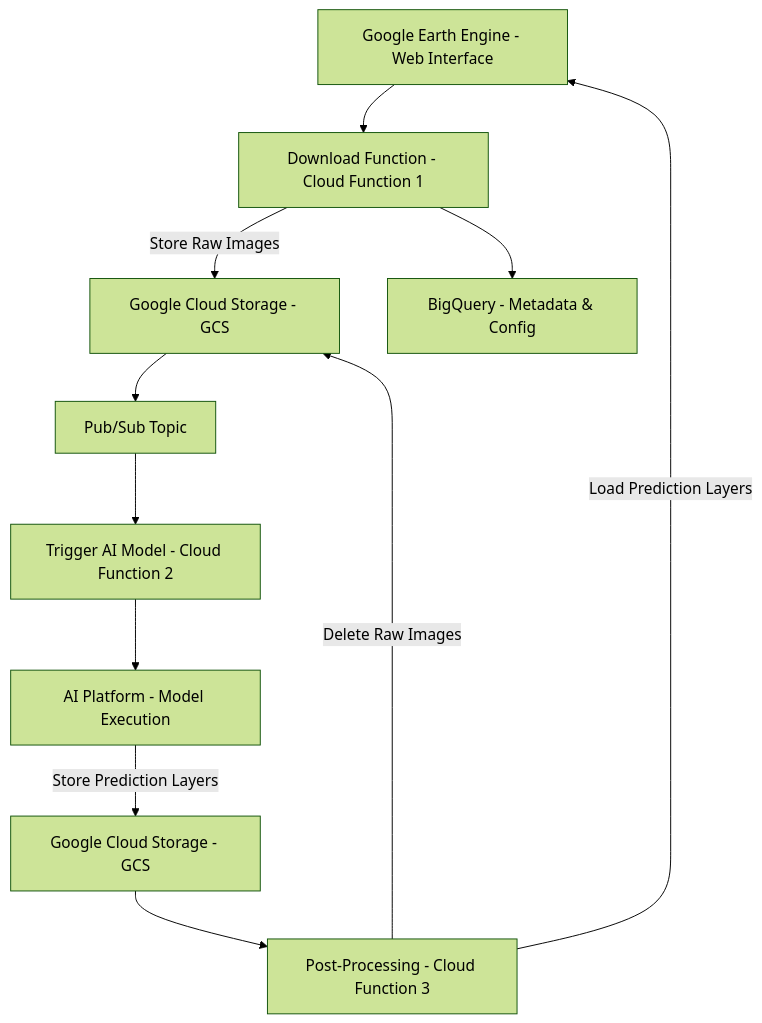
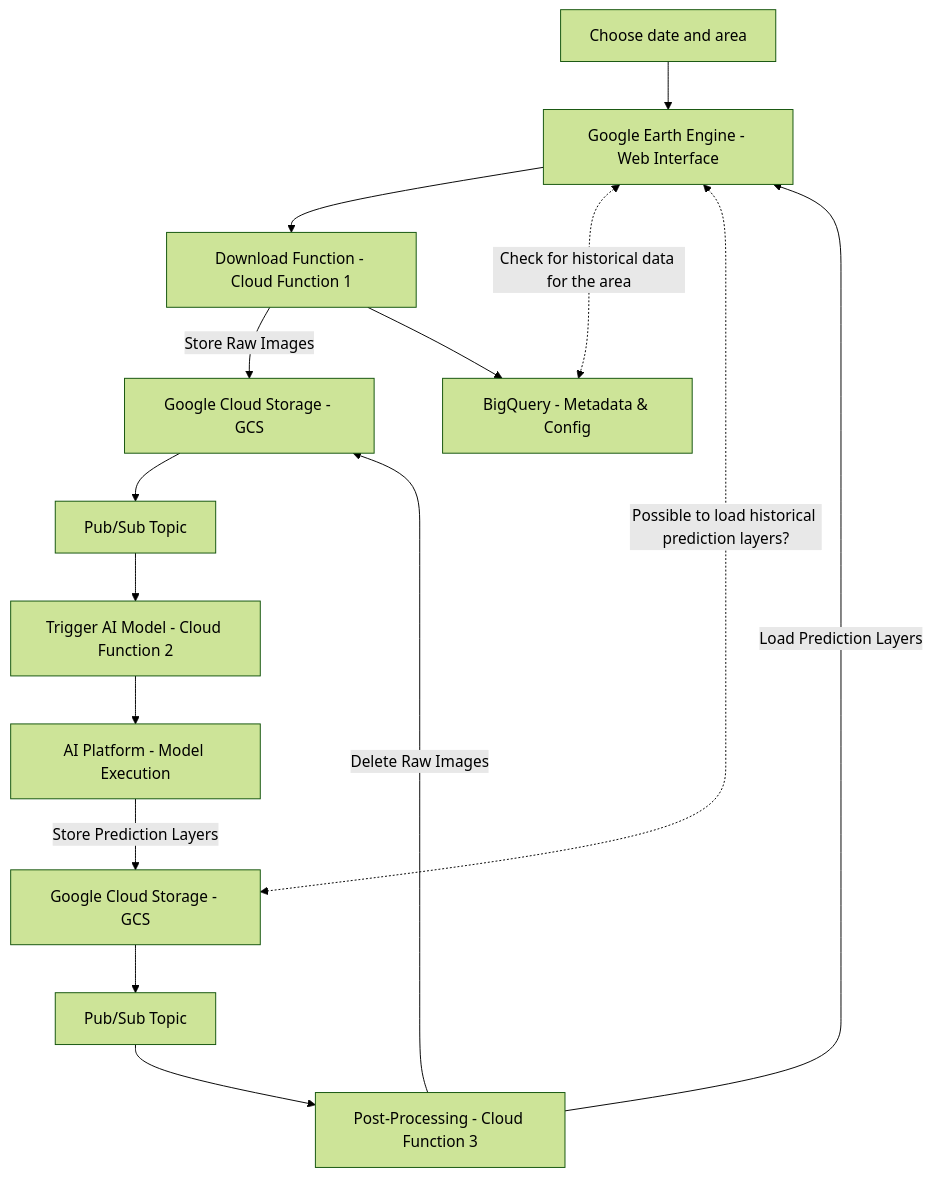
The second of 2 diagrams in README.md (MI4People/Marine_Litter), drawn with Mermaid (forest theme) before and after one commit. The commit also changed other lines of this file, not shown here.

````diff
--- a/README.md
+++ b/README.md
@@ -40,13 +41,17 @@
 ```mermaid
 graph TD
     A[Google Earth Engine - Web Interface] --> B[Download Function - Cloud Function 1]
     B --> |Store Raw Images| C[Google Cloud Storage - GCS]
     B --> D[BigQuery - Metadata & Config]
     C --> F[Pub/Sub Topic]
     F --> G[Trigger AI Model - Cloud Function 2]
     G --> H[AI Platform - Model Execution]
     H --> |Store Prediction Layers| I[Google Cloud Storage - GCS]
-    I --> J[Post-Processing - Cloud Function 3]
-    J --> |Load Prediction Layers| A
-    J -->|Delete Raw Images| C
+    I --> J[Pub/Sub Topic]
+    J --> K[Post-Processing - Cloud Function 3]
+    K --> |Load Prediction Layers| A
+    K -->|Delete Raw Images| C
+    L[Choose date and area] --> A
+    A <-.-> |Check for historical data for the area| D
+    A <-.-> |Possible to load historical prediction layers?| I
 ```
````
